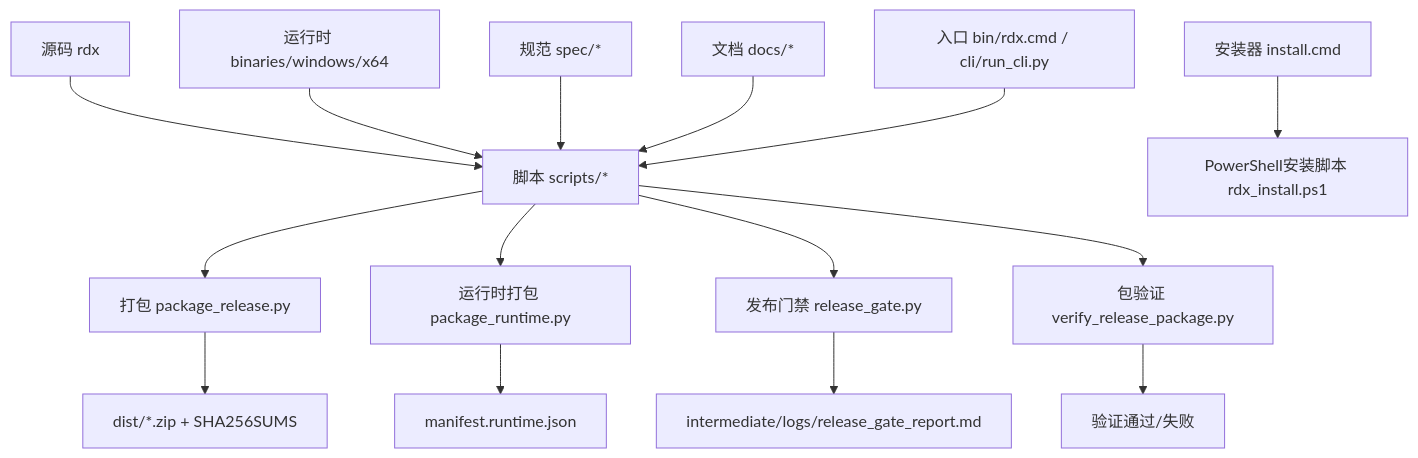
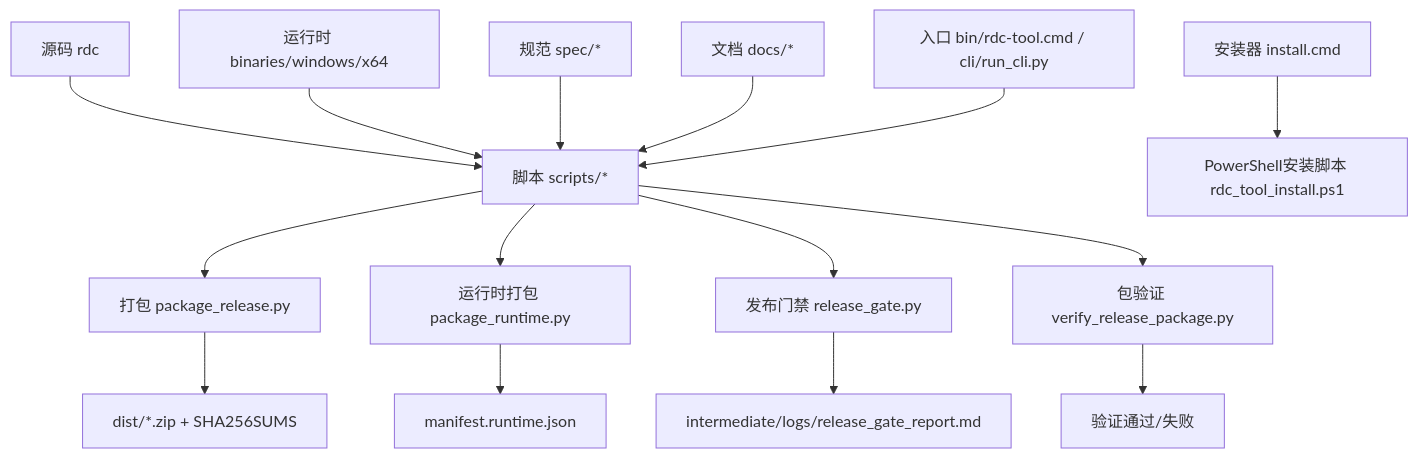
One commit to haolange/RDC-Tool changed the first of 7 diagrams in .qoder/repowiki/zh/content/部署和发布/部署和发布.md. Above: the diagram before and after it, drawn with Mermaid. The commit also changed other lines of this file and 388 other files, not shown here.

First line of the commit message:
Release RDC-Tool identity and public maintenance surface

````diff
--- a/.qoder/repowiki/zh/content/部署和发布/部署和发布.md
+++ b/.qoder/repowiki/zh/content/部署和发布/部署和发布.md
@@ -67,17 +67,17 @@
 ```mermaid
 graph TB
-A["源码 rdx"] --> B["脚本 scripts/*"]
+A["源码 rdc"] --> B["脚本 scripts/*"]
 C["运行时 binaries/windows/x64"] --> B
 D["规范 spec/*"] --> B
 E["文档 docs/*"] --> B
-F["入口 bin/rdx.cmd / cli/run_cli.py"] --> B
-G["安装器 install.cmd"] --> H["PowerShell安装脚本 rdx_install.ps1"]
+F["入口 bin/rdc-tool.cmd / cli/run_cli.py"] --> B
+G["安装器 install.cmd"] --> H["PowerShell安装脚本 rdc_tool_install.ps1"]
 B --> I["打包 package_release.py"]
 B --> J["运行时打包 package_runtime.py"]
 B --> K["发布门禁 release_gate.py"]
 B --> L["包验证 verify_release_package.py"]
 I --> M["dist/*.zip + SHA256SUMS"]
 J --> N["manifest.runtime.json"]
 K --> O["intermediate/logs/release_gate_report.md"]
 L --> P["验证通过/失败"]
 ```
````
